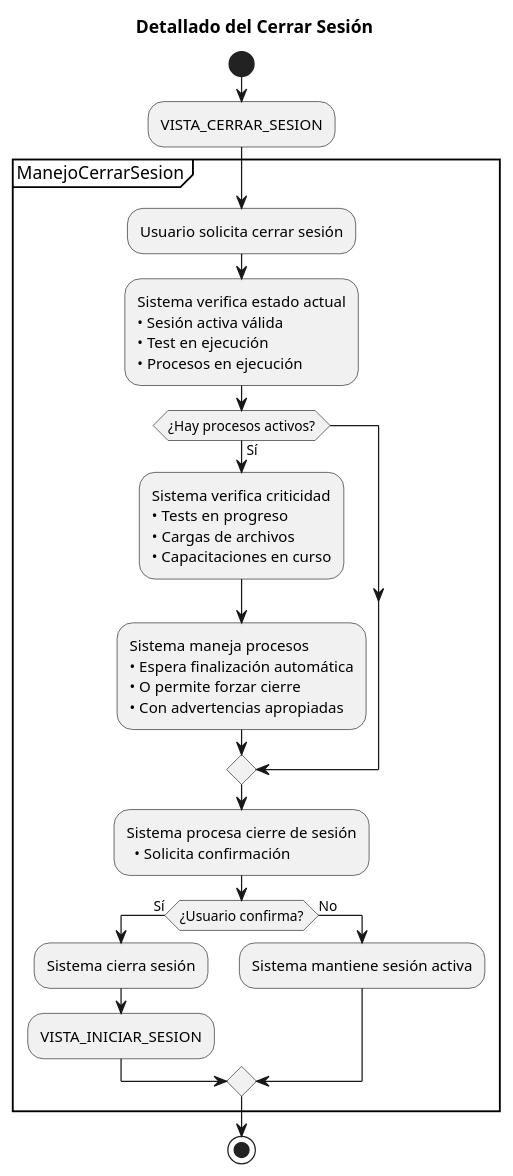
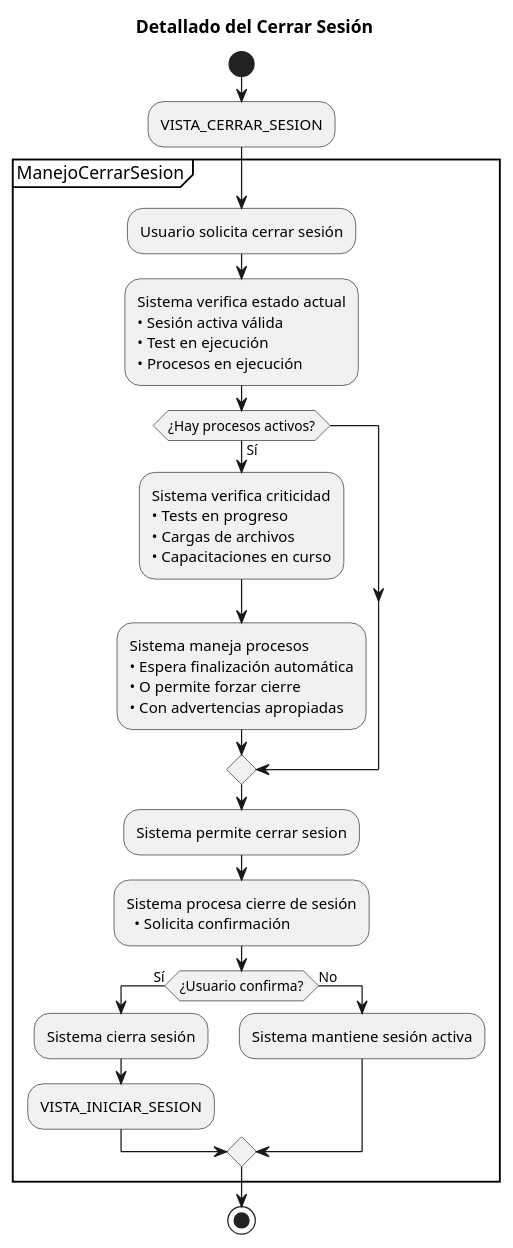
One commit to Dievex/24-25-IdSw1-SDR changed the diagram in casos_de_uso/diagramas_casos_de_uso_detallados/cerrar_sesion.puml. Above: the diagram before and after it, drawn with PlantUML. The commit also changed 9 other files, not shown here.

Commit message:
docs(use-case-diagrams): add system permission steps to detailed use case diagrams

```diff
--- a/casos_de_uso/diagramas_casos_de_uso_detallados/cerrar_sesion.puml
+++ b/casos_de_uso/diagramas_casos_de_uso_detallados/cerrar_sesion.puml
@@ -1,45 +1,47 @@
 @startuml
 title Detallado del Cerrar Sesión
 
 start
 
 :VISTA_CERRAR_SESION;
 
 partition ManejoCerrarSesion {
   
   :Usuario solicita cerrar sesión;
 
 
   :Sistema verifica estado actual
   • Sesión activa válida
   • Test en ejecución
   • Procesos en ejecución;
   
   
   if (¿Hay procesos activos?) then (Sí)
     :Sistema verifica criticidad
     • Tests en progreso
     • Cargas de archivos
     • Capacitaciones en curso;
     
     :Sistema maneja procesos
     • Espera finalización automática
     • O permite forzar cierre
     • Con advertencias apropiadas;
     
   endif
+
+  :Sistema permite cerrar sesion;
   
   :Sistema procesa cierre de sesión
     • Solicita confirmación;
 
     if (¿Usuario confirma?) then (Sí)
       :Sistema cierra sesión;
       :VISTA_INICIAR_SESION;
     else (No)
       :Sistema mantiene sesión activa;
     endif
   
 }
 
 stop
 @enduml
```
